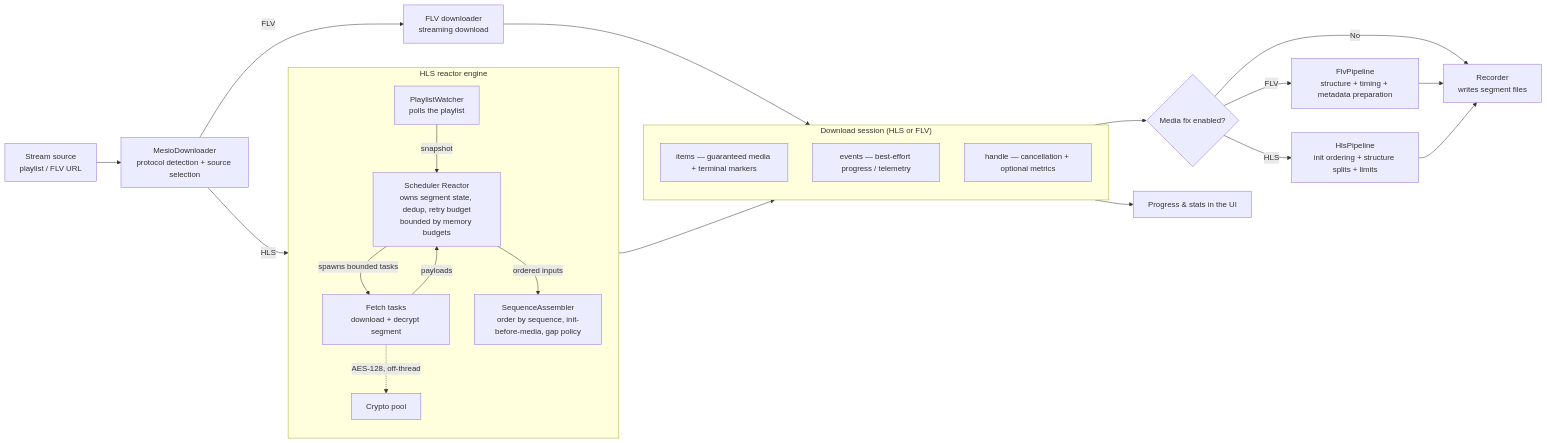
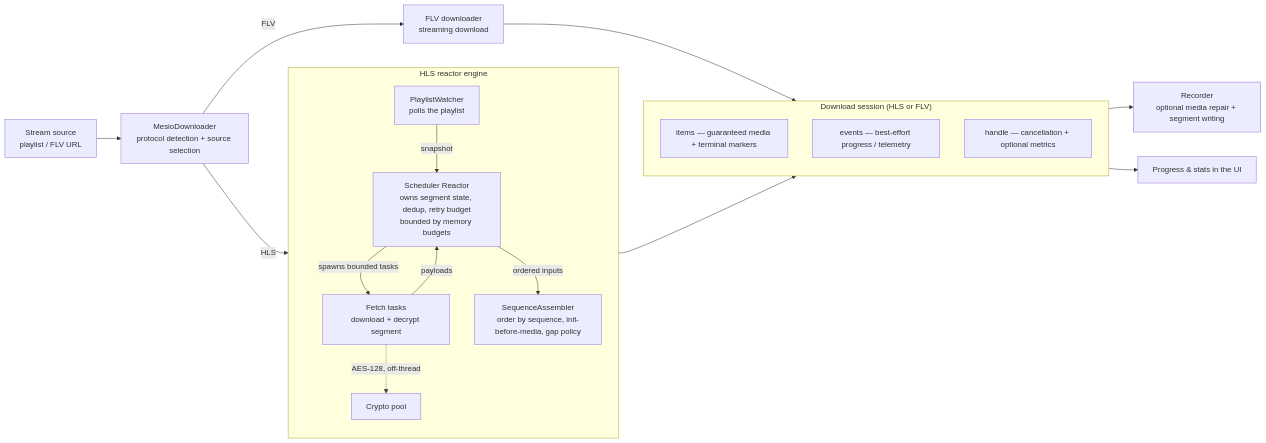
One commit to hua0512/rust-srec changed the diagram in rust-srec/docs/en/concepts/mesio.md. Above: the diagram before and after it, drawn with Mermaid. The commit also changed other lines of this file and 7 other files, not shown here.

Commit message:
docs: remove stale media pipeline plans

````diff
--- a/rust-srec/docs/en/concepts/mesio.md
+++ b/rust-srec/docs/en/concepts/mesio.md
@@ -9,37 +9,28 @@
 ```mermaid
 flowchart LR
   SRC[Stream source<br/>playlist / FLV URL] --> MD[MesioDownloader<br/>protocol detection + source selection]
   FLV[FLV downloader<br/>streaming download]
 
   subgraph HLS["HLS reactor engine"]
     direction TB
     PW[PlaylistWatcher<br/>polls the playlist] -->|snapshot| RX[Scheduler Reactor<br/>owns segment state, dedup, retry budget<br/>bounded by memory budgets]
     RX -->|spawns bounded tasks| FT[Fetch tasks<br/>download + decrypt segment]
     FT -. AES-128, off-thread .-> CR[Crypto pool]
     FT -->|payloads| RX
     RX -->|ordered inputs| AS[SequenceAssembler<br/>order by sequence, init-before-media, gap policy]
   end
 
   subgraph SESS["Download session (HLS or FLV)"]
     direction TB
     ITEMS["items — guaranteed media + terminal markers"]
     EVENTS["events — best-effort progress / telemetry"]
     HANDLE["handle — cancellation + optional metrics"]
   end
 
-  ROUTE{Media fix enabled?}
-  FLVFIX[FlvPipeline<br/>structure + timing + metadata preparation]
-  HLSFIX[HlsPipeline<br/>init ordering + structure splits + limits]
-
   MD -->|HLS| PW
   MD -->|FLV| FLV
   AS --> SESS
   FLV --> SESS
-  ITEMS --> ROUTE
-  ROUTE -->|FLV| FLVFIX
-  ROUTE -->|HLS| HLSFIX
-  ROUTE -->|No| REC[Recorder<br/>writes segment files]
-  FLVFIX --> REC
-  HLSFIX --> REC
+  ITEMS --> REC[Recorder<br/>optional media repair + segment writing]
   EVENTS --> UI[Progress &amp; stats in the UI]
 ```
````
